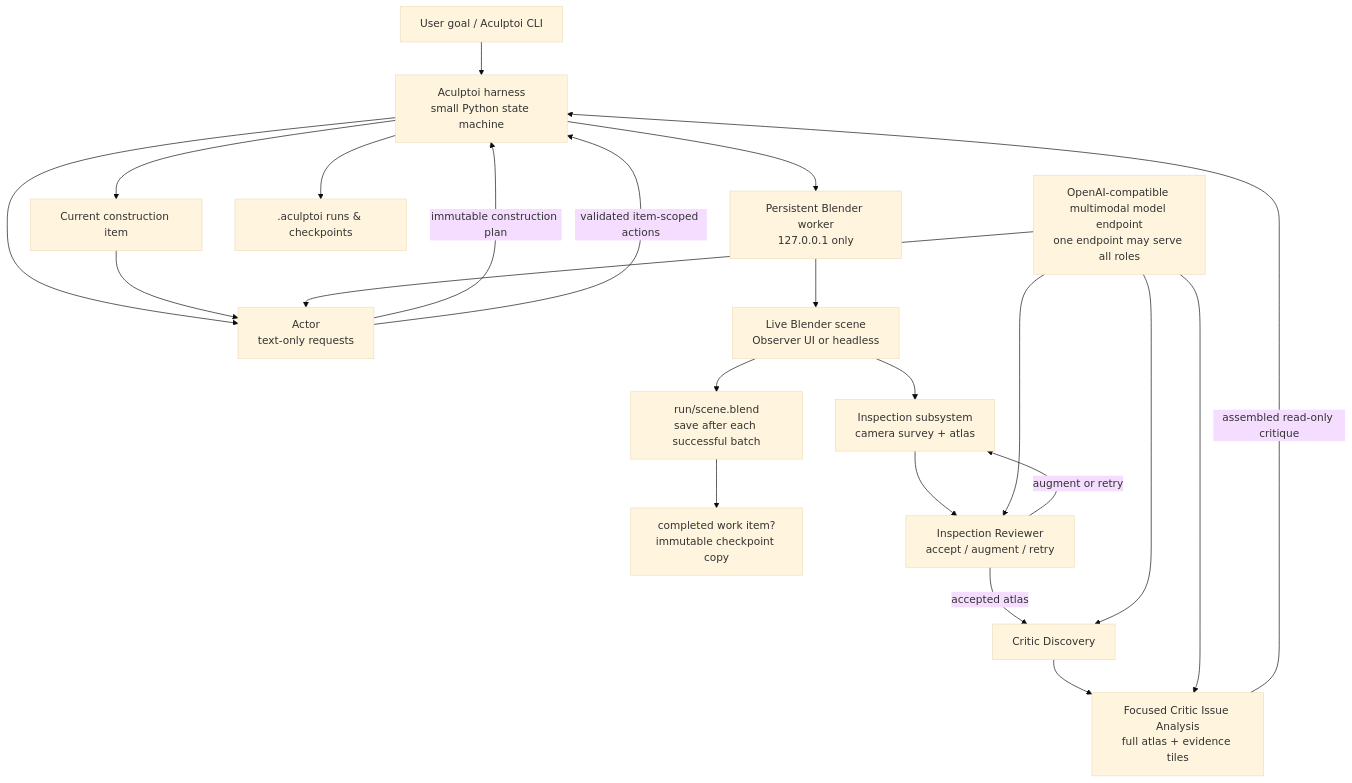
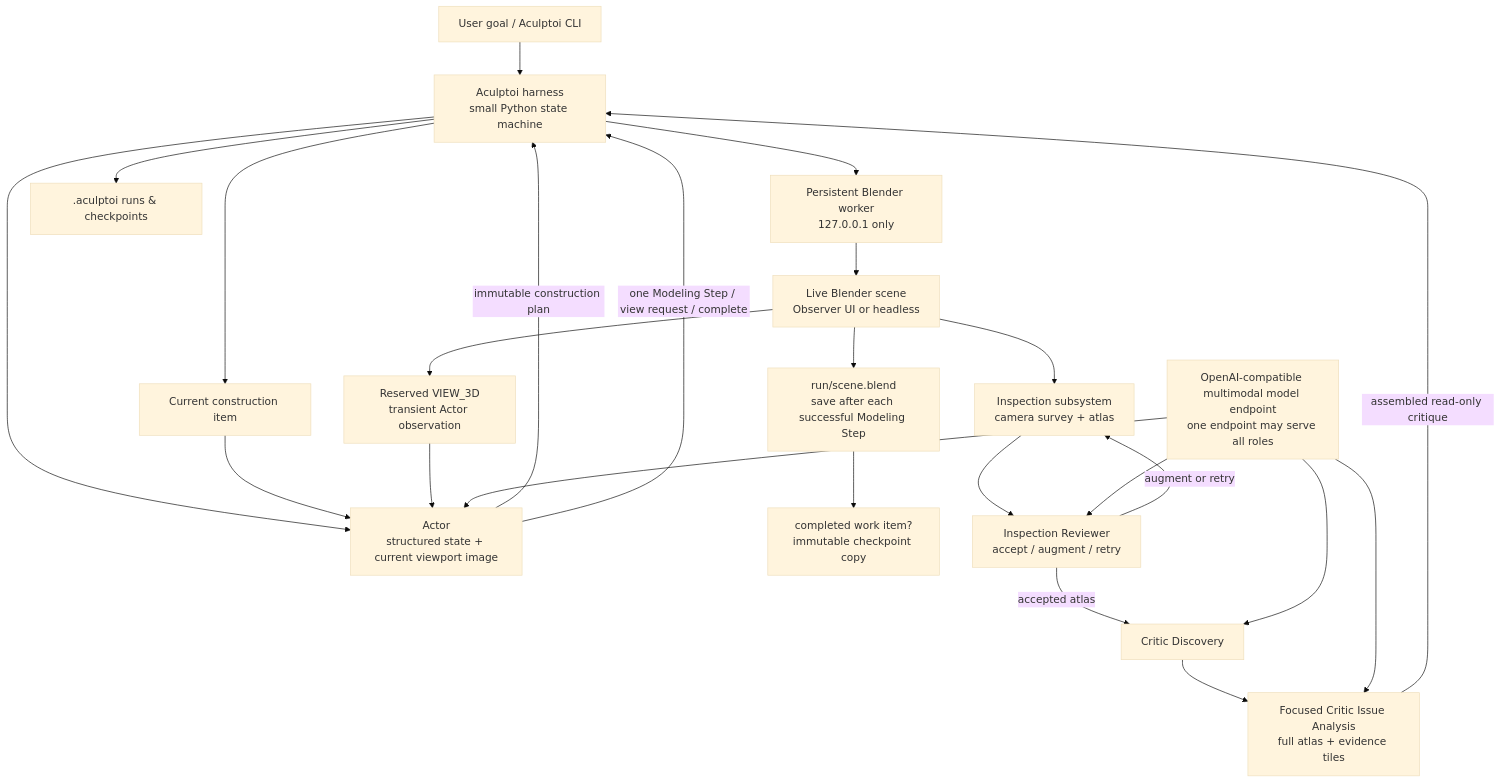
The diagram in README.md (ifranlaloe/Aculptoi), drawn with Mermaid (base theme) before and after one commit. The commit also changed other lines of this file and 28 other files, not shown here.

Commit message:
Add modeling steps and viewport observation

````diff
--- a/README.md
+++ b/README.md
@@ -105,24 +108,26 @@
 ```mermaid
 flowchart TD
     U[User goal / Aculptoi CLI] --> H[Aculptoi harness\nsmall Python state machine]
-    H --> A[Actor\ntext-only requests]
+    H --> A[Actor\nstructured state + current viewport image]
     A -->|immutable construction plan| H
     H --> I[Current construction item]
     I --> A
-    A -->|validated item-scoped actions| H
+    A -->|one Modeling Step / view request / complete| H
     H --> W[Persistent Blender worker\n127.0.0.1 only]
     W --> B[Live Blender scene\nObserver UI or headless]
-    B --> S[run/scene.blend\nsave after each successful batch]
+    B --> V[Reserved VIEW_3D\ntransient Actor observation]
+    V --> A
+    B --> S[run/scene.blend\nsave after each successful Modeling Step]
     S --> K[completed work item?\nimmutable checkpoint copy]
     B --> R[Inspection subsystem\ncamera survey + atlas]
     R --> Q[Inspection Reviewer\naccept / augment / retry]
     Q -->|accepted atlas| D[Critic Discovery]
     Q -->|augment or retry| R
     D --> F[Focused Critic Issue Analysis\nfull atlas + evidence tiles]
     F -->|assembled read-only critique| H
     H --> C[.aculptoi runs & checkpoints]
     M[OpenAI-compatible multimodal model endpoint\none endpoint may serve all roles] --> A
     M --> Q
     M --> D
     M --> F
 ```
````
